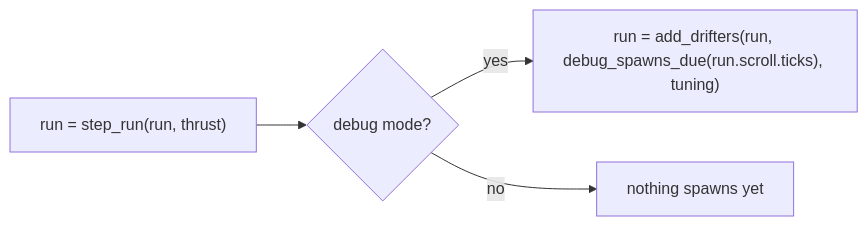
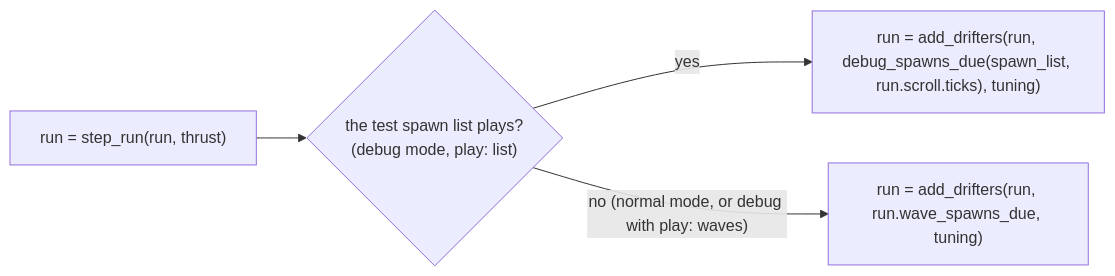
Before and after one commit to david-mntl/driftward-ace: the third of 4 diagrams in docs/contracts/systems/run.md, drawn with Mermaid. The commit also changed other lines of this file and 18 other files, not shown here.

Commit message:
docs(contracts): add DRA-76 waves contract, wave and playlist schemas, tasks; update run, scroll, app, drifters, hud, debug overlay

````diff
--- a/docs/contracts/systems/run.md
+++ b/docs/contracts/systems/run.md
@@ -86,6 +90,6 @@
 ```mermaid
 flowchart LR
-  T["run = step_run(run, thrust)"] --> D{"debug mode?"}
-  D -- yes --> A["run = add_drifters(run, debug_spawns_due(run.scroll.ticks), tuning)"]
-  D -- no --> X["nothing spawns yet"]
+  T["run = step_run(run, thrust)"] --> D{"the test spawn list plays?<br/>(debug mode, play: list)"}
+  D -- yes --> A["run = add_drifters(run, debug_spawns_due(spawn_list, run.scroll.ticks), tuning)"]
+  D -- "no (normal mode, or debug with play: waves)" --> W["run = add_drifters(run, run.wave_spawns_due, tuning)"]
 ```
````
